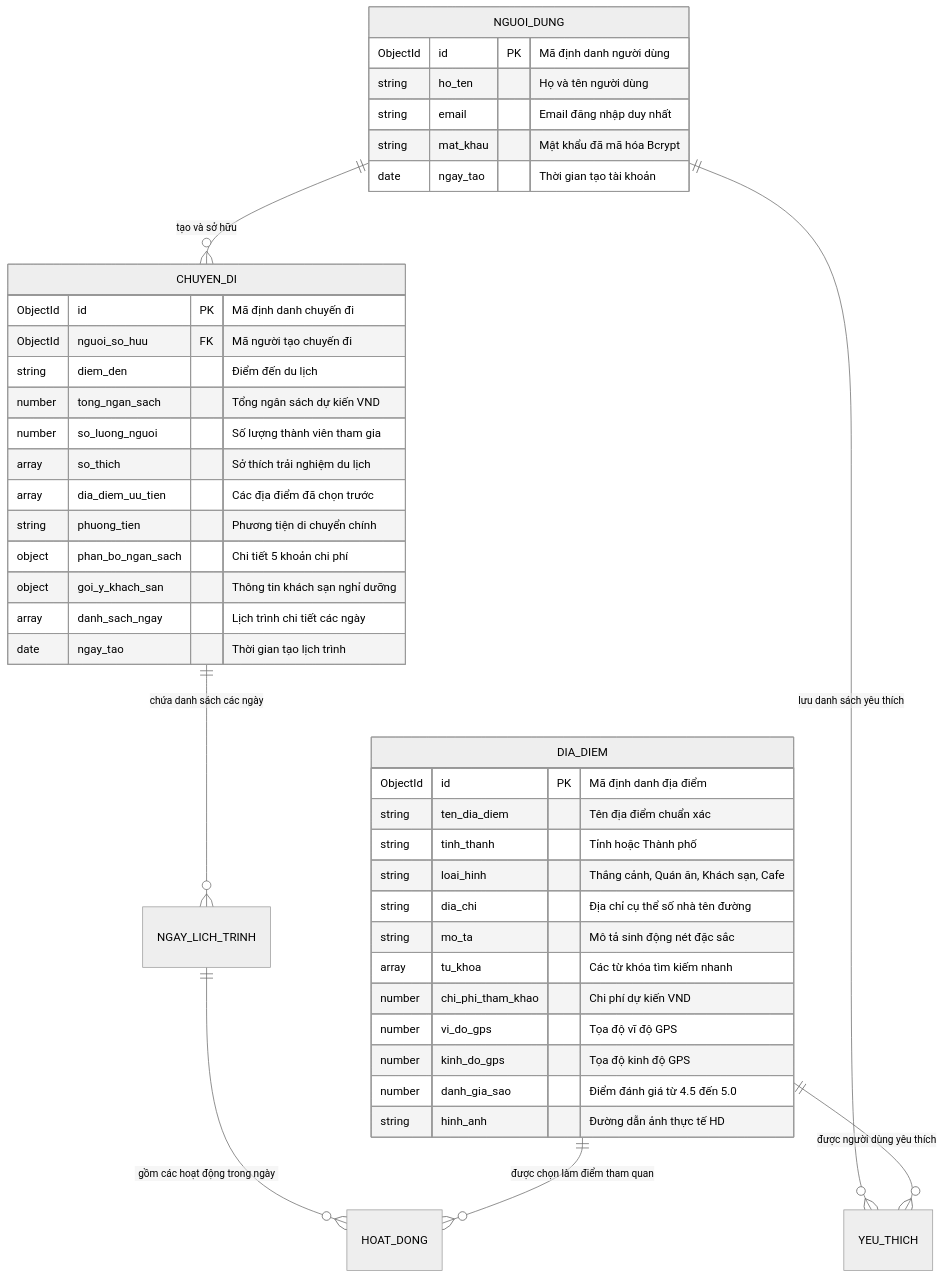
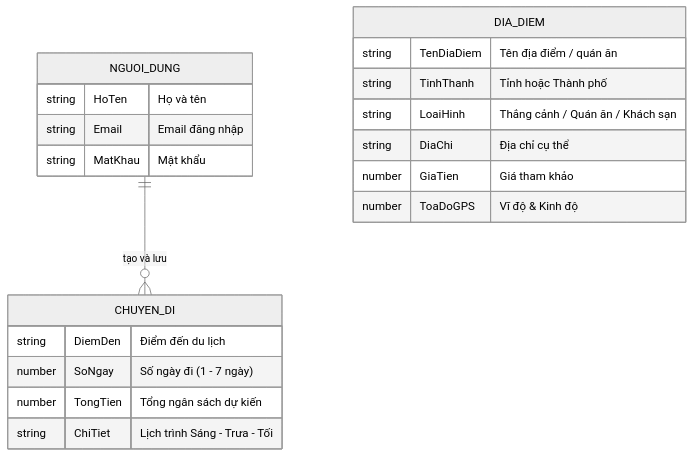
Before and after one commit to HexDen/Travel_Trips_Central_VietNam: the fifth of 6 diagrams in README.md, drawn with Mermaid (neutral theme). The commit also changed other lines of this file and 2 other files, not shown here.

````diff
--- a/README.md
+++ b/README.md
@@ -229,47 +160,26 @@
 ```mermaid
 erDiagram
-    NGUOI_DUNG ||--o{ CHUYEN_DI : "tạo và sở hữu"
-    NGUOI_DUNG ||--o{ YEU_THICH : "lưu danh sách yêu thích"
-    CHUYEN_DI ||--o{ NGAY_LICH_TRINH : "chứa danh sách các ngày"
-    NGAY_LICH_TRINH ||--o{ HOAT_DONG : "gồm các hoạt động trong ngày"
-    DIA_DIEM ||--o{ YEU_THICH : "được người dùng yêu thích"
-    DIA_DIEM ||--o{ HOAT_DONG : "được chọn làm điểm tham quan"
+    NGUOI_DUNG ||--o{ CHUYEN_DI : "tạo và lưu"
 
     NGUOI_DUNG {
-        ObjectId id PK "Mã định danh người dùng"
-        string ho_ten "Họ và tên người dùng"
-        string email "Email đăng nhập duy nhất"
-        string mat_khau "Mật khẩu đã mã hóa Bcrypt"
-        date ngay_tao "Thời gian tạo tài khoản"
+        string HoTen "Họ và tên"
+        string Email "Email đăng nhập"
+        string MatKhau "Mật khẩu"
     }
 
     DIA_DIEM {
-        ObjectId id PK "Mã định danh địa điểm"
-        string ten_dia_diem "Tên địa điểm chuẩn xác"
-        string tinh_thanh "Tỉnh hoặc Thành phố"
-        string loai_hinh "Thắng cảnh, Quán ăn, Khách sạn, Cafe"
-        string dia_chi "Địa chỉ cụ thể số nhà tên đường"
-        string mo_ta "Mô tả sinh động nét đặc sắc"
-        array tu_khoa "Các từ khóa tìm kiếm nhanh"
-        number chi_phi_tham_khao "Chi phí dự kiến VND"
-        number vi_do_gps "Tọa độ vĩ độ GPS"
-        number kinh_do_gps "Tọa độ kinh độ GPS"
-        number danh_gia_sao "Điểm đánh giá từ 4.5 đến 5.0"
-        string hinh_anh "Đường dẫn ảnh thực tế HD"
+        string TenDiaDiem "Tên địa điểm / quán ăn"
+        string TinhThanh "Tỉnh hoặc Thành phố"
+        string LoaiHinh "Thắng cảnh / Quán ăn / Khách sạn"
+        string DiaChi "Địa chỉ cụ thể"
+        number GiaTien "Giá tham khảo"
+        number ToaDoGPS "Vĩ độ & Kinh độ"
     }
 
     CHUYEN_DI {
-        ObjectId id PK "Mã định danh chuyến đi"
-        ObjectId nguoi_so_huu FK "Mã người tạo chuyến đi"
-        string diem_den "Điểm đến du lịch"
-        number tong_ngan_sach "Tổng ngân sách dự kiến VND"
-        number so_luong_nguoi "Số lượng thành viên tham gia"
-        array so_thich "Sở thích trải nghiệm du lịch"
-        array dia_diem_uu_tien "Các địa điểm đã chọn trước"
-        string phuong_tien "Phương tiện di chuyển chính"
-        object phan_bo_ngan_sach "Chi tiết 5 khoản chi phí"
-        object goi_y_khach_san "Thông tin khách sạn nghỉ dưỡng"
-        array danh_sach_ngay "Lịch trình chi tiết các ngày"
-        date ngay_tao "Thời gian tạo lịch trình"
+        string DiemDen "Điểm đến du lịch"
+        number SoNgay "Số ngày đi (1 - 7 ngày)"
+        number TongTien "Tổng ngân sách dự kiến"
+        string ChiTiet "Lịch trình Sáng - Trưa - Tối"
     }
 ```
````
